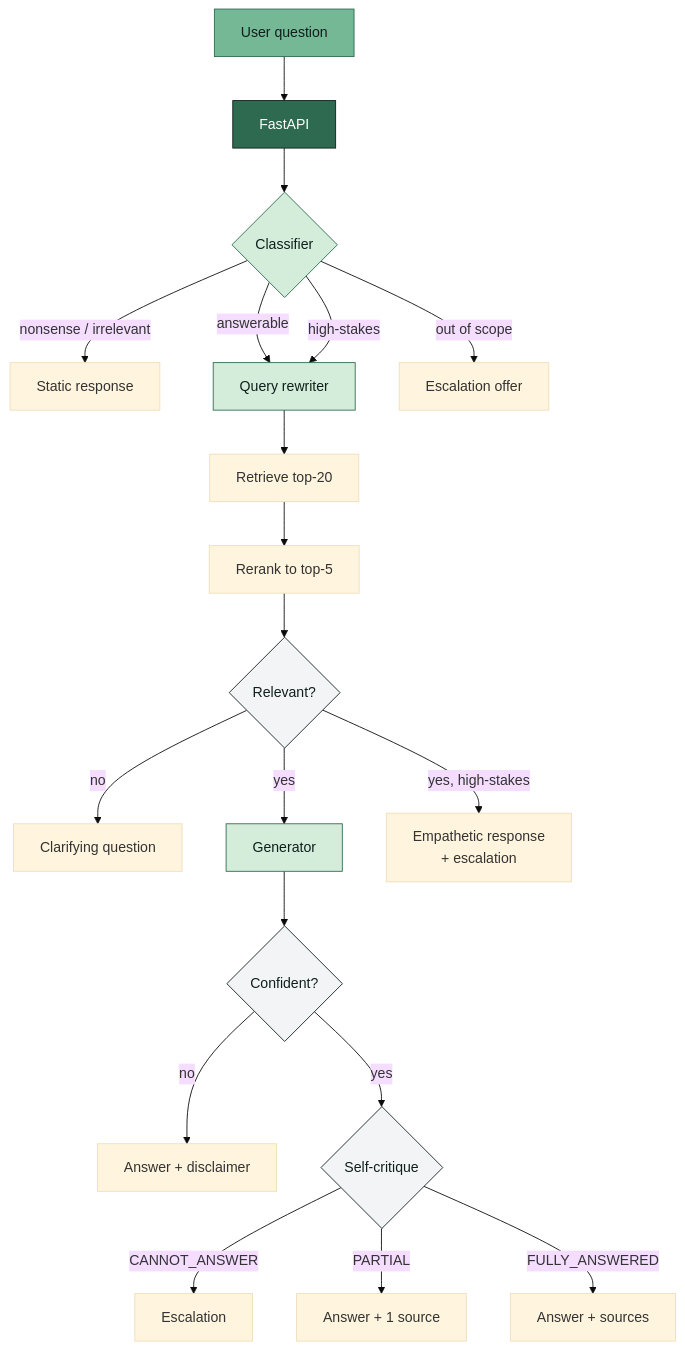
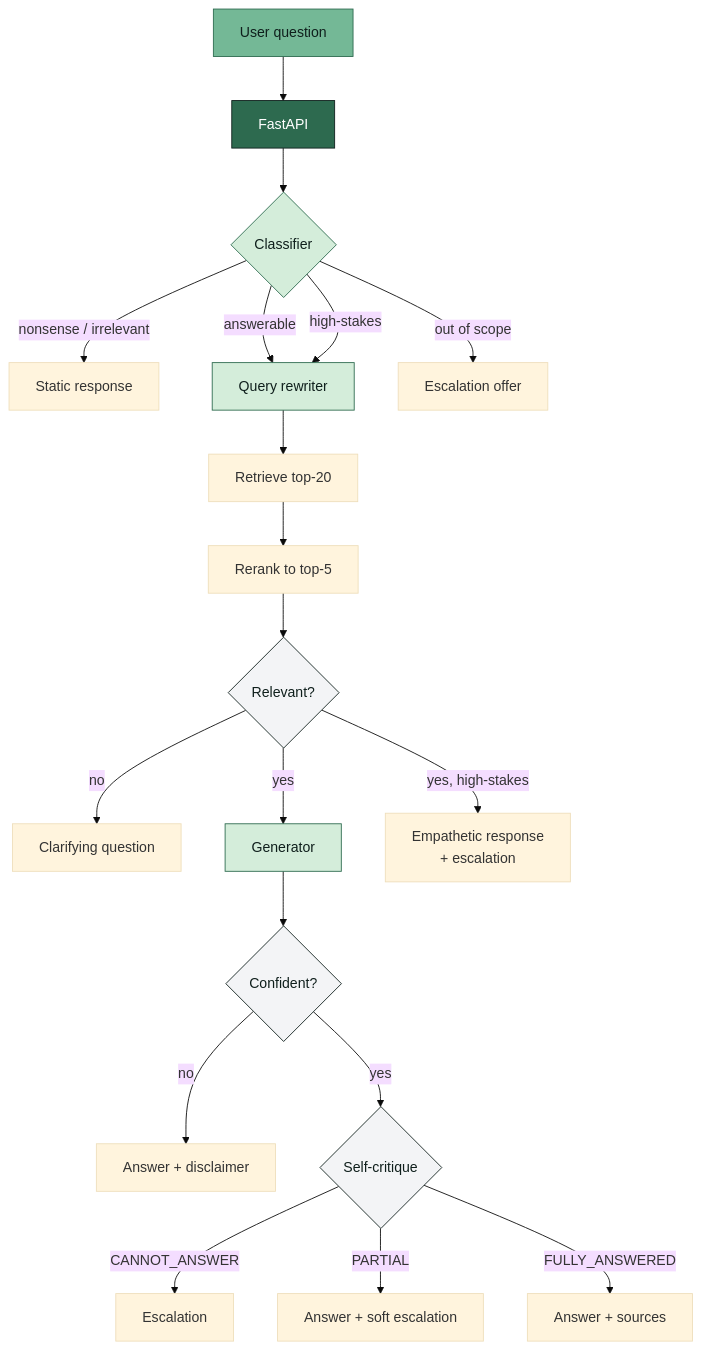
The diagram in README.md (alfredpersson/rag-support-assistant), drawn with Mermaid (base theme) before and after one commit.

Commit message:
Clarify partial answer soft escalation

````diff
--- a/README.md
+++ b/README.md
@@ -123,34 +123,34 @@
 ```mermaid
 flowchart TB
   USER["User question"] --> API["FastAPI"] --> CLF{"Classifier"}
 
   CLF -- "nonsense / irrelevant" --> STATIC["Static response"]
   CLF -- "answerable" --> QR["Query rewriter"]
   CLF -- "out of scope" --> OOS["Escalation offer"]
   CLF -- "high-stakes" --> QR
 
   QR --> RETR["Retrieve top-20"] --> RERANK["Rerank to top-5"]
 
   RERANK --> REL{"Relevant?"}
 
   REL -- "no" --> FOLLOWUP["Clarifying question"]
   REL -- "yes" --> GEN["Generator"] --> CONF{"Confident?"}
   REL -- "yes, high-stakes" --> HS["Empathetic response\n+ escalation"]
 
   CONF -- "no" --> LC["Answer + disclaimer"]
   CONF -- "yes" --> CRITIQUE{"Self-critique"}
 
   CRITIQUE -- "CANNOT_ANSWER" --> CA["Escalation"]
-  CRITIQUE -- "PARTIAL" --> PA["Answer + 1 source"]
+  CRITIQUE -- "PARTIAL" --> PA["Answer + soft escalation"]
   CRITIQUE -- "FULLY_ANSWERED" --> FA["Answer + sources"]
 
   classDef llm       fill:#d4edda,stroke:#2d6a4f,color:#0f1f1c                              
   classDef gate      fill:#f3f4f6,stroke:#0f1f1c,color:#0f1f1c                              
   classDef endpoint  fill:#2d6a4f,stroke:#0f1f1c,color:#ffffff                              
   classDef io        fill:#74b896,stroke:#2d6a4f,color:#0f1f1c                
 
   class CLF,QR,GEN llm
   class REL,CONF,CRITIQUE gate
   class API endpoint
   class USER io
 ```
````
